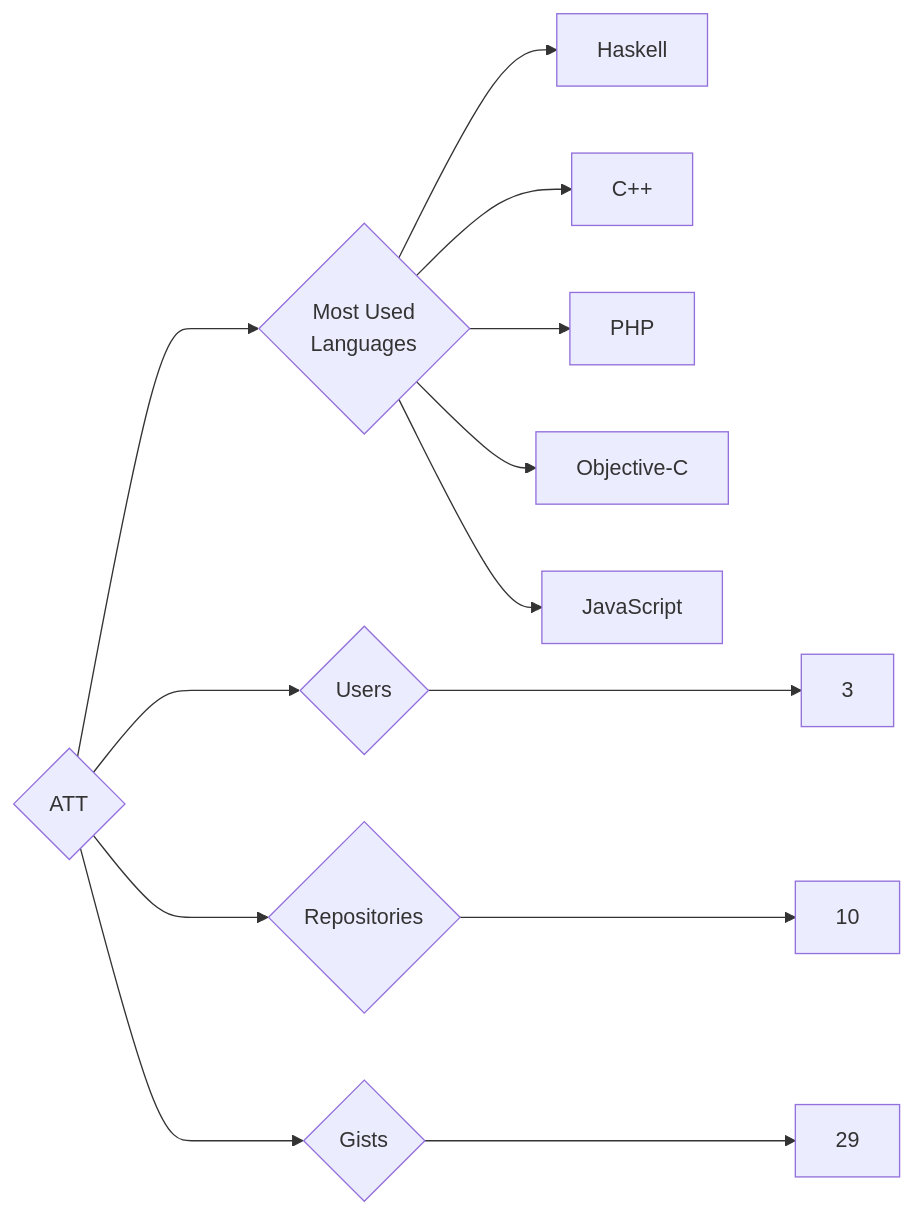
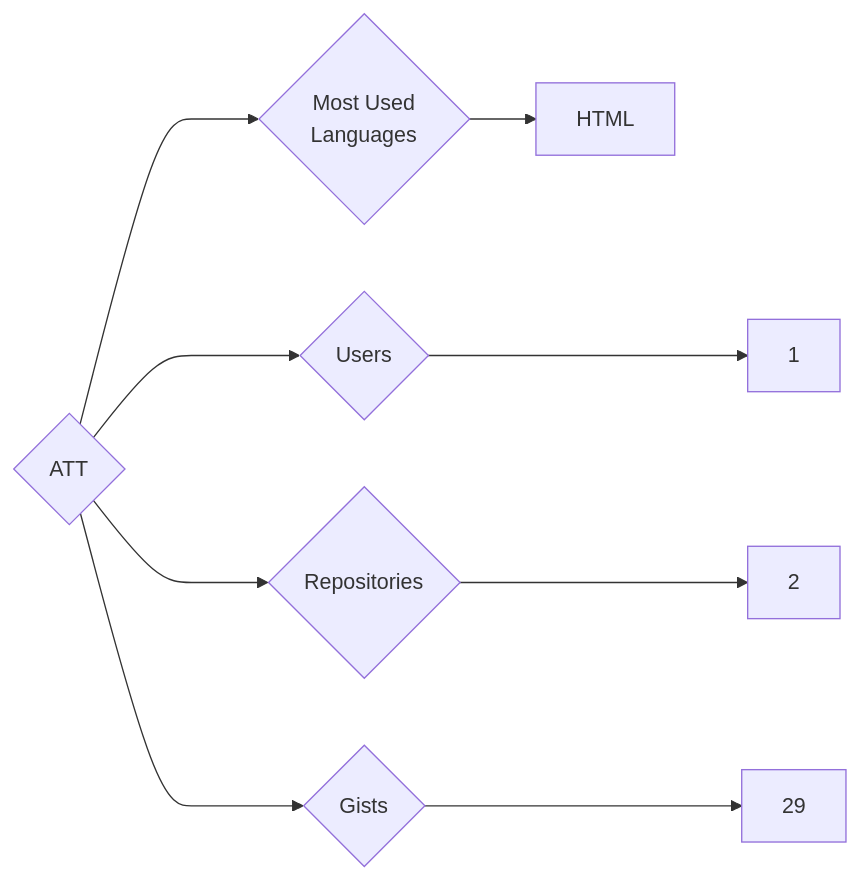
Before and after one commit to trickest/insiders: the diagram in targets/ATT/README.md, drawn with Mermaid. The commit also changed 1003 other files, not shown here.

````diff
--- a/targets/ATT/README.md
+++ b/targets/ATT/README.md
@@ -3,13 +3,9 @@
 ```mermaid
 graph LR
 COMPANY_NAME{ATT}
-COMPANY_NAME ---> U{Users} ---> UN[3]
-COMPANY_NAME ---> R{Repositories} ---> RN[10]
+COMPANY_NAME ---> U{Users} ---> UN[1]
+COMPANY_NAME ---> R{Repositories} ---> RN[2]
 COMPANY_NAME ---> G{Gists} ---> GN[29]
 COMPANY_NAME ---> ML{Most Used<br>Languages}
-ML --> Haskell[Haskell]
-ML --> C++[C++]
-ML --> PHP[PHP]
-ML --> Objective-C[Objective-C]
-ML --> JavaScript[JavaScript]
+ML --> HTML[HTML]
 ```
````
